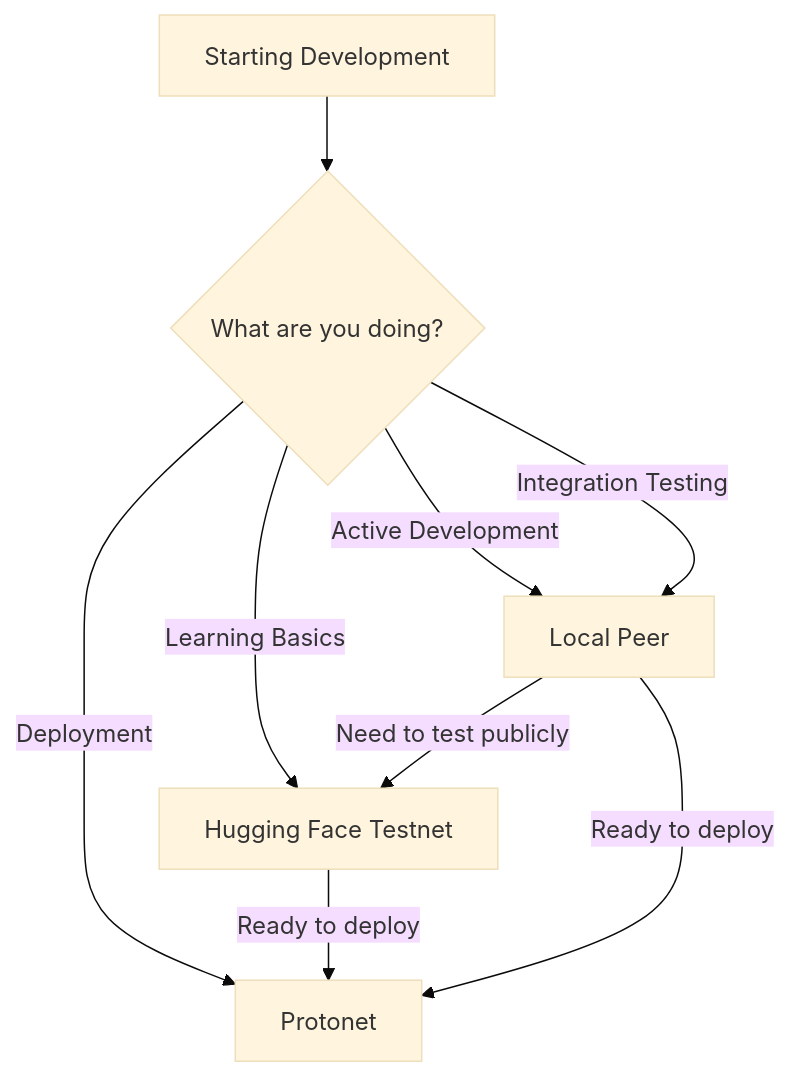
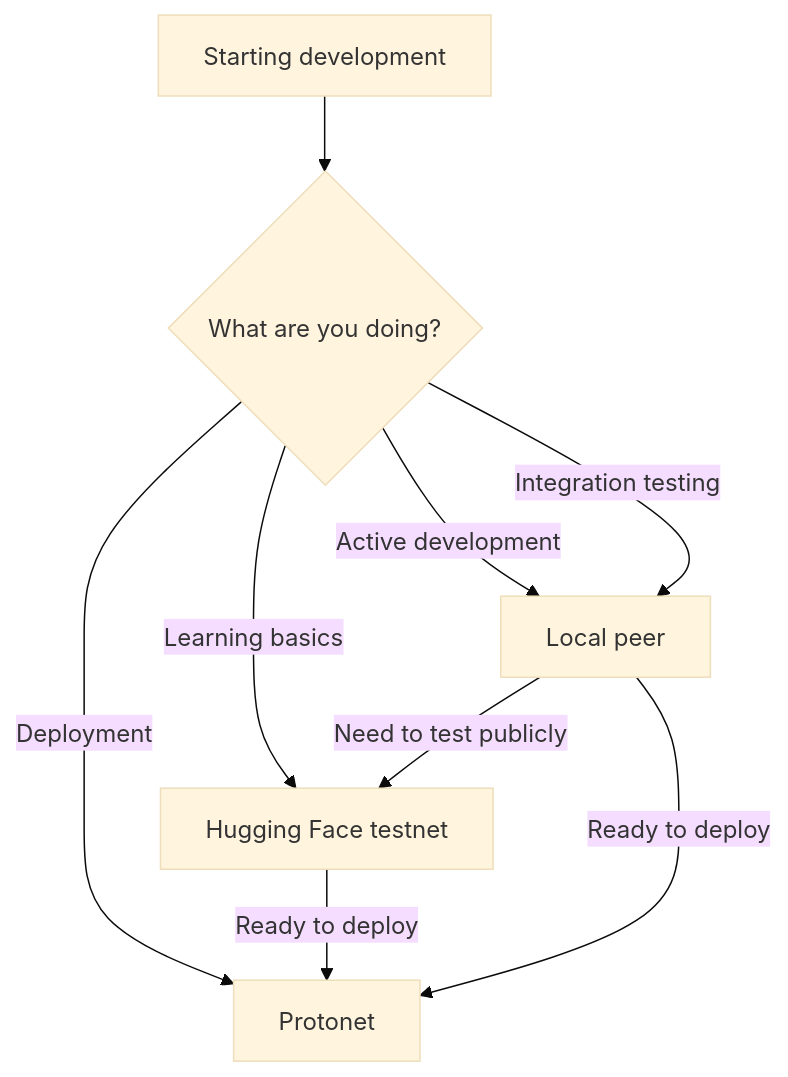
Before and after one commit to Convex-Dev/design: the diagram in docs/tutorial/networks.md, drawn with Mermaid (base theme). The commit also changed other lines of this file and 3 other files, not shown here.

````diff
--- a/docs/tutorial/networks.md
+++ b/docs/tutorial/networks.md
@@ -187,12 +55,12 @@
 ```mermaid
 graph TD
-    A[Starting Development] --> B{What are you doing?}
-    B -->|Learning Basics| C[Hugging Face Testnet]
-    B -->|Active Development| D[Local Peer]
-    B -->|Integration Testing| D
+    A[Starting development] --> B{What are you doing?}
+    B -->|Learning basics| C[Hugging Face testnet]
+    B -->|Active development| D[Local peer]
+    B -->|Integration testing| D
     B -->|Deployment| E[Protonet]
 
     C -->|Ready to deploy| E
     D -->|Need to test publicly| C
     D -->|Ready to deploy| E
 ```
````
